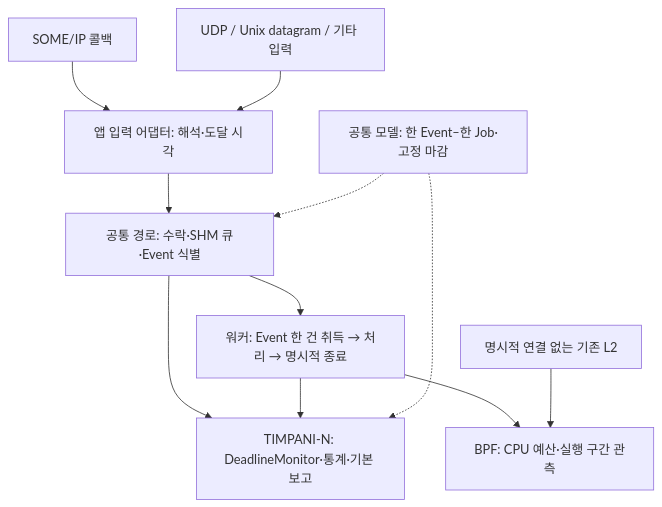
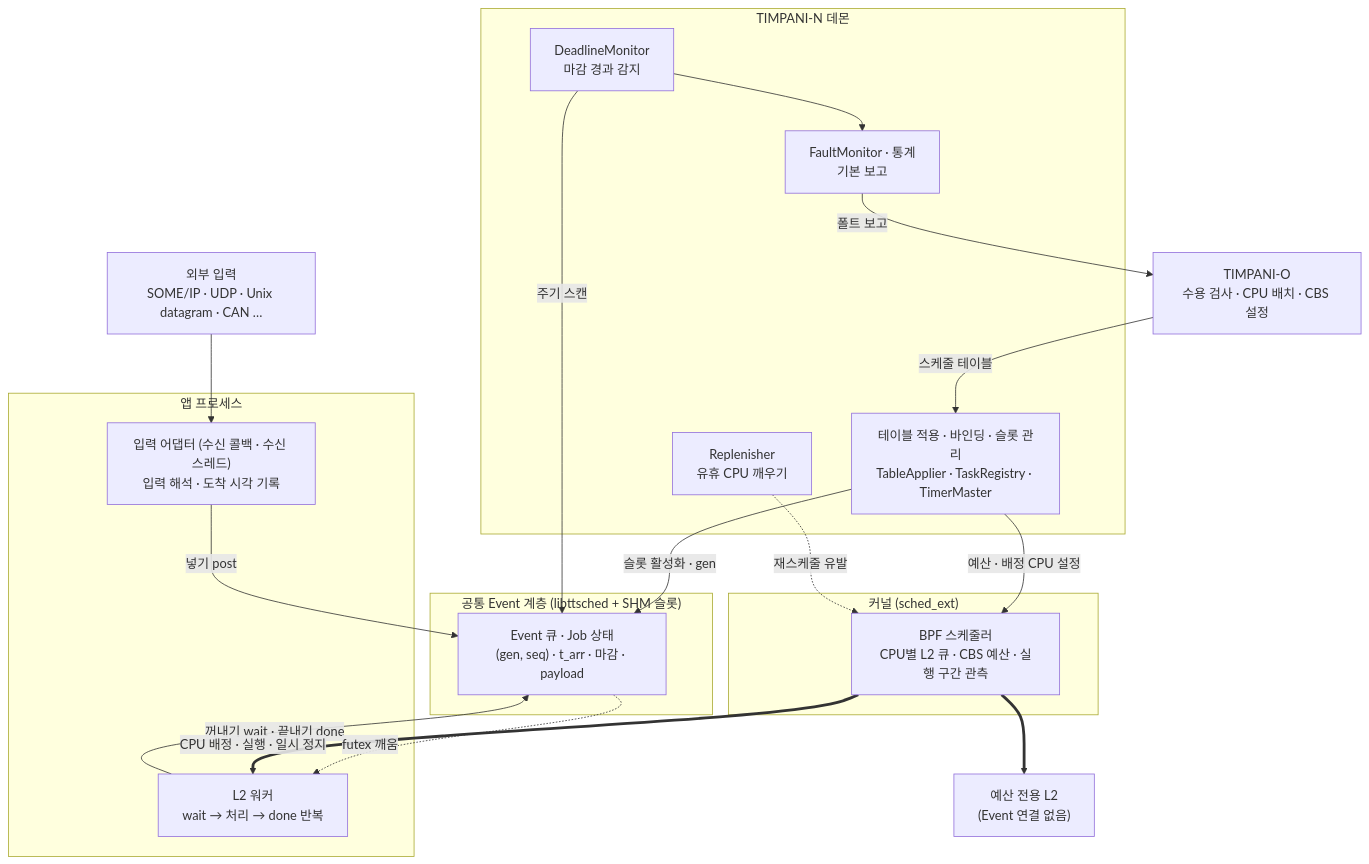
Before and after one commit to akshayg0314/timpani26: the first of 2 diagrams in doc/design/kor/OVERVIEW-008-event-driven-workload-support.md, drawn with Mermaid. The commit also changed other lines of this file and 2 other files, not shown here.

First line of the commit message:
docs(design): refine event-job guide [#53]

````diff
--- a/doc/design/kor/OVERVIEW-008-event-driven-workload-support.md
+++ b/doc/design/kor/OVERVIEW-008-event-driven-workload-support.md
@@ -102,13 +168,43 @@
 ```mermaid
 flowchart TB
-    S1["SOME/IP 콜백"] --> A["앱 입력 어댑터: 해석·도달 시각"]
-    S2["UDP / Unix datagram / 기타 입력"] --> A
-    A --> Q["공통 경로: 수락·SHM 큐·Event 식별"]
-    Q --> W["워커: Event 한 건 취득 → 처리 → 명시적 종료"]
-    Q --> N["TIMPANI-N: DeadlineMonitor·통계·기본 보고"]
-    W --> N
-    W --> B["BPF: CPU 예산·실행 구간 관측"]
-    K["명시적 연결 없는 기존 L2"] --> B
-    MODEL["공통 모델: 한 Event–한 Job·고정 마감"] -.-> Q
-    MODEL -.-> N
+    IN["외부 입력<br/>SOME/IP · UDP · Unix datagram · CAN …"]
+
+    subgraph APP["앱 프로세스"]
+        A["입력 어댑터 (수신 콜백 · 수신 스레드)<br/>입력 해석 · 도착 시각 기록"]
+        W["L2 워커<br/>wait → 처리 → done 반복"]
+    end
+
+    subgraph EVT["공통 Event 계층 (libttsched + SHM 슬롯)"]
+        Q["Event 큐 · Job 상태<br/>(gen, seq) · t_arr · 마감 · payload"]
+    end
+
+    subgraph TN["TIMPANI-N 데몬"]
+        TM["테이블 적용 · 바인딩 · 슬롯 관리<br/>TableApplier · TaskRegistry · TimerMaster"]
+        DM["DeadlineMonitor<br/>마감 경과 감지"]
+        RP["Replenisher<br/>유휴 CPU 깨우기"]
+        FM["FaultMonitor · 통계<br/>기본 보고"]
+    end
+
+    subgraph KER["커널 (sched_ext)"]
+        B["BPF 스케줄러<br/>CPU별 L2 큐 · CBS 예산 · 실행 구간 관측"]
+    end
+
+    O["TIMPANI-O<br/>수용 검사 · CPU 배치 · CBS 설정"]
+    K["예산 전용 L2<br/>(Event 연결 없음)"]
+
+    IN --> A
+    A -->|"넣기 post"| Q
+    W -->|"꺼내기 wait · 끝내기 done"| Q
+    Q -.->|"futex 깨움"| W
+
+    O -->|"스케줄 테이블"| TM
+    TM -->|"슬롯 활성화 · gen"| Q
+    TM -->|"예산 · 배정 CPU 설정"| B
+    RP -.->|"재스케줄 유발"| B
+    DM -->|"주기 스캔"| Q
+    DM --> FM
+    FM -->|"폴트 보고"| O
+
+    B ==>|"CPU 배정 · 실행 · 일시 정지"| W
+    B ==> K
 ```
````
